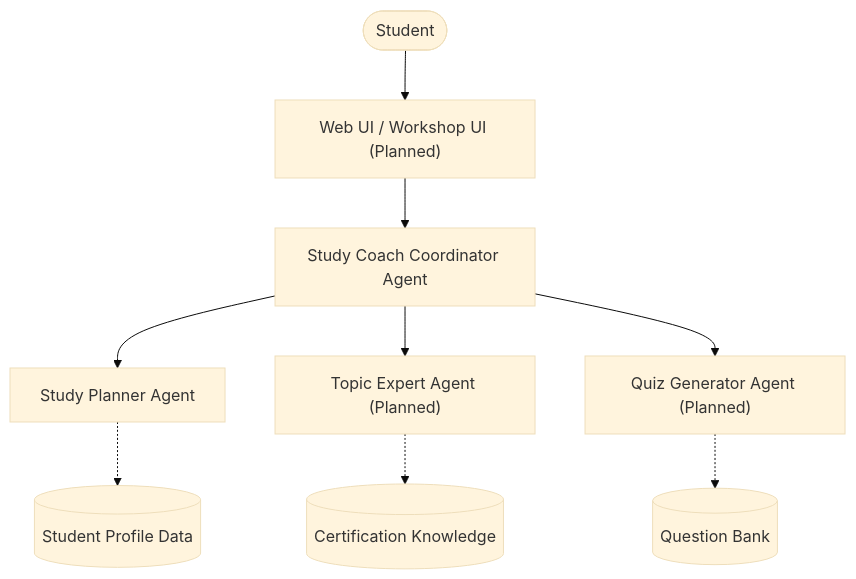
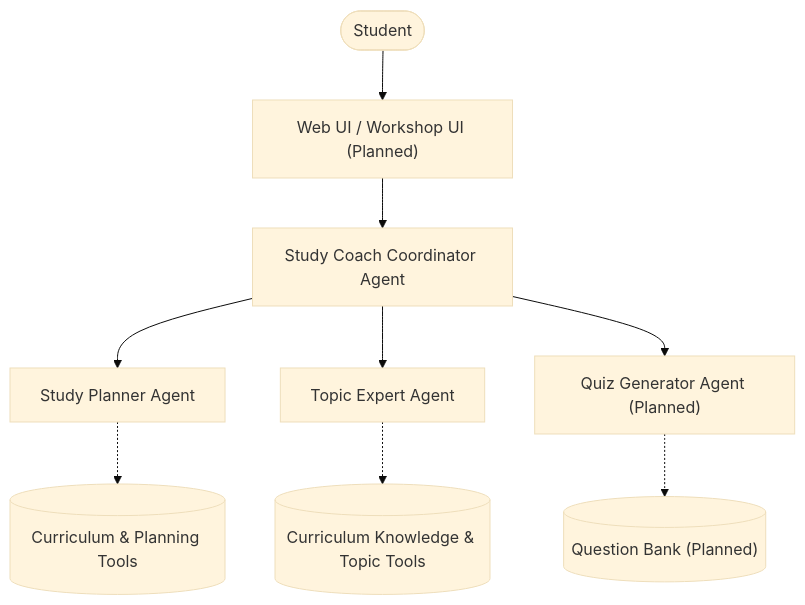
The diagram in docs/architecture.md (harshjangid1015/gemini-adk-study-coach-lab), drawn with Mermaid (base theme) before and after one commit. The commit also changed other lines of this file and 12 other files, not shown here.

Commit message:
feat(m3): implement Gemini ADK Topic Expert Agent

````diff
--- a/docs/architecture.md
+++ b/docs/architecture.md
@@ -3,13 +3,13 @@
 ```mermaid
 graph TD
     User([Student]) --> UI["Web UI / Workshop UI (Planned)"]
     UI --> Coordinator["Study Coach Coordinator Agent"]
     
     Coordinator --> Planner["Study Planner Agent"]
-    Coordinator --> Expert["Topic Expert Agent (Planned)"]
+    Coordinator --> Expert["Topic Expert Agent"]
     Coordinator --> Quiz["Quiz Generator Agent (Planned)"]
     
-    Planner -.-> Profile[("Student Profile Data")]
-    Expert -.-> Docs[("Certification Knowledge")]
-    Quiz -.-> QBank[("Question Bank")]
+    Planner -.-> Profile[("Curriculum & Planning Tools")]
+    Expert -.-> Docs[("Curriculum Knowledge & Topic Tools")]
+    Quiz -.-> QBank[("Question Bank (Planned)")]
 ```
````
